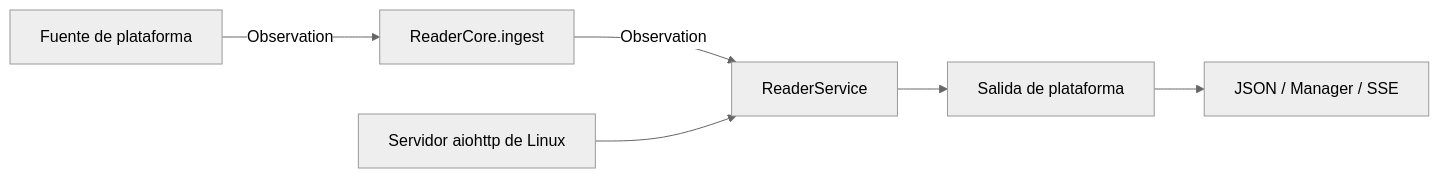
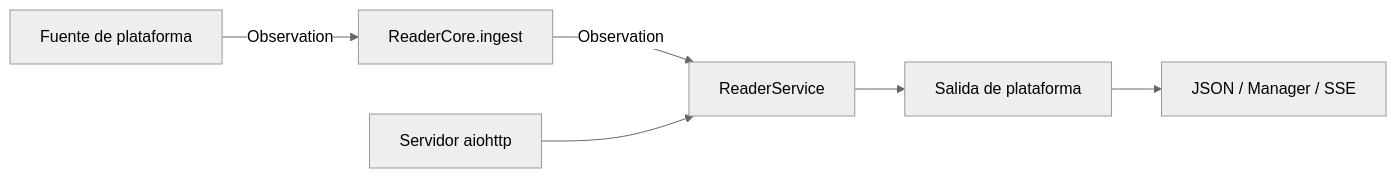
Before and after one commit to ParriCode/phonedo: the diagram in apps/reader/README.md, drawn with Mermaid (neutral theme). The commit also changed other lines of this file and 9 other files, not shown here.

Commit message:
refactor(reader): separar la composición Linux y corregir el ciclo de vida del servidor

````diff
--- a/apps/reader/README.md
+++ b/apps/reader/README.md
@@ -34,8 +33,8 @@
 ```mermaid
 flowchart LR
     Source[Fuente de plataforma] -->|Observation| Core[ReaderCore.ingest]
     Core -->|Observation| Service[ReaderService]
     Service --> Output[Salida de plataforma]
     Output --> JSON[JSON / Manager / SSE]
-    HTTP[Servidor aiohttp de Linux] --> Service
+    HTTP[Servidor aiohttp] --> Service
 ```
````
